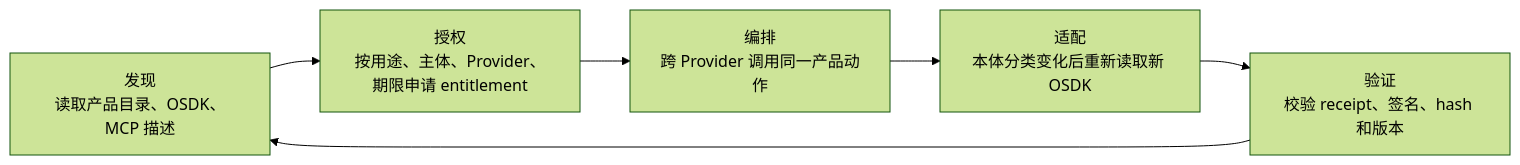
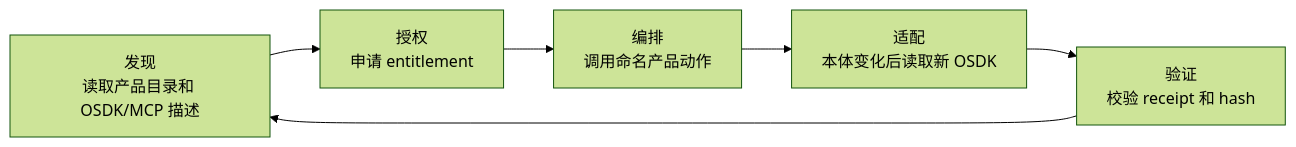
The first of 6 diagrams in docs/dynamic-ontology-osdk-demo-architecture-brief.md (seanzhang9999/dynamic-ontology-osdk-prototype), drawn with Mermaid (forest theme) before and after one commit. The commit also changed other lines of this file and 2 other files, not shown here.

````diff
--- a/docs/dynamic-ontology-osdk-demo-architecture-brief.md
+++ b/docs/dynamic-ontology-osdk-demo-architecture-brief.md
@@ -55,8 +196,8 @@
 ```mermaid
 flowchart LR
-    Discover["发现<br/>读取产品目录、OSDK、MCP 描述"] --> Authorize["授权<br/>按用途、主体、Provider、期限申请 entitlement"]
-    Authorize --> Orchestrate["编排<br/>跨 Provider 调用同一产品动作"]
-    Orchestrate --> Adapt["适配<br/>本体分类变化后重新读取新 OSDK"]
-    Adapt --> Verify["验证<br/>校验 receipt、签名、hash 和版本"]
+    Discover["发现<br/>读取产品目录和 OSDK/MCP 描述"] --> Authorize["授权<br/>申请 entitlement"]
+    Authorize --> Orchestrate["编排<br/>调用命名产品动作"]
+    Orchestrate --> Adapt["适配<br/>本体变化后读取新 OSDK"]
+    Adapt --> Verify["验证<br/>校验 receipt 和 hash"]
     Verify --> Discover
 ```
````
